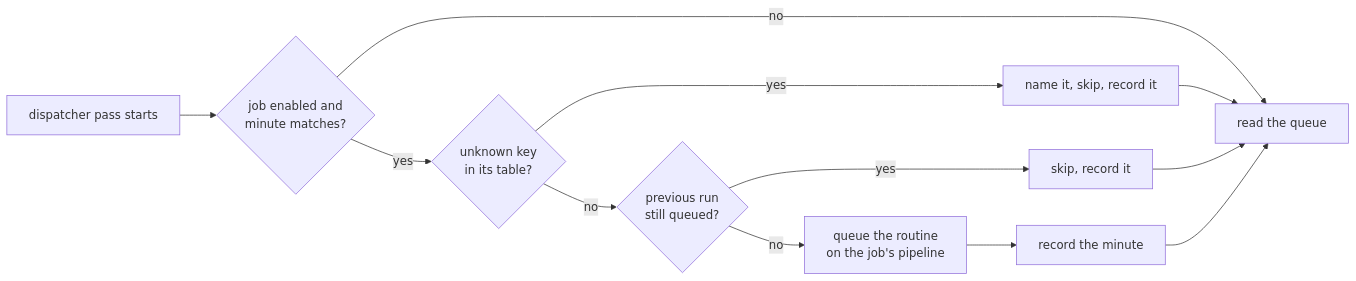
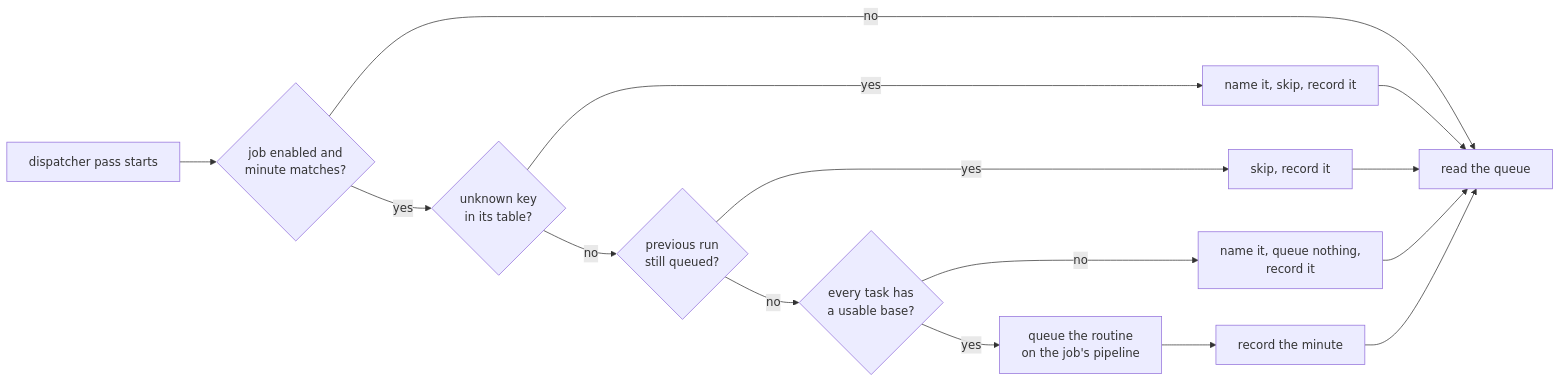
The diagram in docs/jobs.md (marvingygas/spoolway), drawn with Mermaid before and after one commit. The commit also changed other lines of this file and 7 other files, not shown here.

````diff
--- a/docs/jobs.md
+++ b/docs/jobs.md
@@ -26,10 +26,12 @@
 ```mermaid
 flowchart LR
   A[dispatcher pass starts] --> B{job enabled and<br/>minute matches?}
   B -- no --> E[read the queue]
   B -- yes --> H{unknown key<br/>in its table?}
   H -- yes --> I[name it, skip, record it] --> E
   H -- no --> C{previous run<br/>still queued?}
   C -- yes --> D[skip, record it] --> E
-  C -- no --> F[queue the routine<br/>on the job's pipeline] --> G[record the minute] --> E
+  C -- no --> J{every task has<br/>a usable base?}
+  J -- no --> K[name it, queue nothing,<br/>record it] --> E
+  J -- yes --> F[queue the routine<br/>on the job's pipeline] --> G[record the minute] --> E
 ```
````
